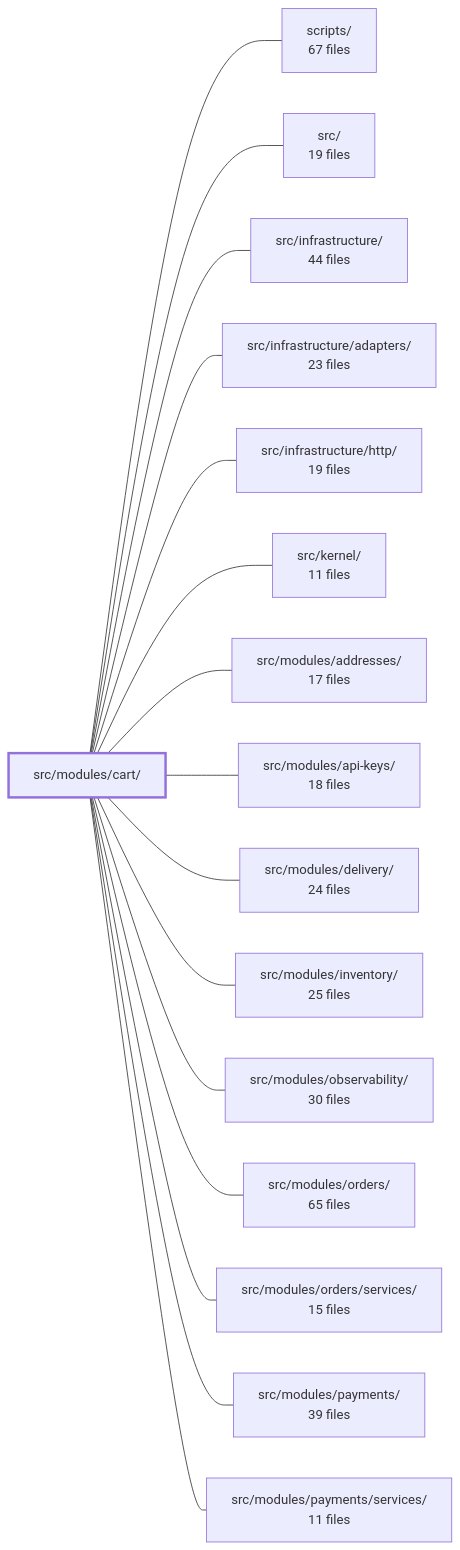
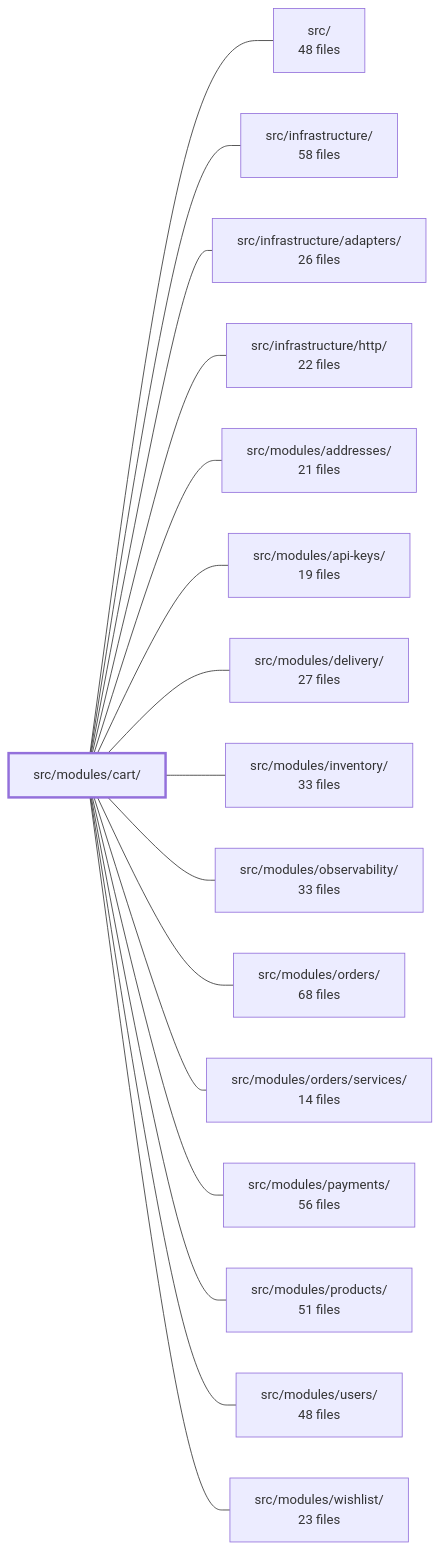
The diagram in .2brain/modules/boilerplate-node-backend_src_modules_cart.md (Guebbit/boilerplate-node-backend), drawn with Mermaid before and after one commit. The commit also changed other lines of this file and 187 other files, not shown here.

````diff
--- a/.2brain/modules/boilerplate-node-backend_src_modules_cart.md
+++ b/.2brain/modules/boilerplate-node-backend_src_modules_cart.md
@@ -50,35 +44,35 @@
 ```mermaid
 flowchart LR
     m_src_modules_cart["src/modules/cart/"]
-    m_scripts["scripts/<br/>67 files"]
-    m_src["src/<br/>19 files"]
-    m_src_infrastructure["src/infrastructure/<br/>44 files"]
-    m_src_infrastructure_adapters["src/infrastructure/adapters/<br/>23 files"]
-    m_src_infrastructure_http["src/infrastructure/http/<br/>19 files"]
-    m_src_kernel["src/kernel/<br/>11 files"]
-    m_src_modules_addresses["src/modules/addresses/<br/>17 files"]
-    m_src_modules_api_keys["src/modules/api-keys/<br/>18 files"]
-    m_src_modules_delivery["src/modules/delivery/<br/>24 files"]
-    m_src_modules_inventory["src/modules/inventory/<br/>25 files"]
-    m_src_modules_observability["src/modules/observability/<br/>30 files"]
-    m_src_modules_orders["src/modules/orders/<br/>65 files"]
-    m_src_modules_orders_services["src/modules/orders/services/<br/>15 files"]
-    m_src_modules_payments["src/modules/payments/<br/>39 files"]
-    m_src_modules_payments_services["src/modules/payments/services/<br/>11 files"]
-    m_src_modules_cart --- m_scripts
+    m_src["src/<br/>48 files"]
+    m_src_infrastructure["src/infrastructure/<br/>58 files"]
+    m_src_infrastructure_adapters["src/infrastructure/adapters/<br/>26 files"]
+    m_src_infrastructure_http["src/infrastructure/http/<br/>22 files"]
+    m_src_modules_addresses["src/modules/addresses/<br/>21 files"]
+    m_src_modules_api_keys["src/modules/api-keys/<br/>19 files"]
+    m_src_modules_delivery["src/modules/delivery/<br/>27 files"]
+    m_src_modules_inventory["src/modules/inventory/<br/>33 files"]
+    m_src_modules_observability["src/modules/observability/<br/>33 files"]
+    m_src_modules_orders["src/modules/orders/<br/>68 files"]
+    m_src_modules_orders_services["src/modules/orders/services/<br/>14 files"]
+    m_src_modules_payments["src/modules/payments/<br/>56 files"]
+    m_src_modules_products["src/modules/products/<br/>51 files"]
+    m_src_modules_users["src/modules/users/<br/>48 files"]
+    m_src_modules_wishlist["src/modules/wishlist/<br/>23 files"]
     m_src_modules_cart --- m_src
     m_src_modules_cart --- m_src_infrastructure
     m_src_modules_cart --- m_src_infrastructure_adapters
     m_src_modules_cart --- m_src_infrastructure_http
-    m_src_modules_cart --- m_src_kernel
     m_src_modules_cart --- m_src_modules_addresses
     m_src_modules_cart --- m_src_modules_api_keys
     m_src_modules_cart --- m_src_modules_delivery
     m_src_modules_cart --- m_src_modules_inventory
     m_src_modules_cart --- m_src_modules_observability
     m_src_modules_cart --- m_src_modules_orders
     m_src_modules_cart --- m_src_modules_orders_services
     m_src_modules_cart --- m_src_modules_payments
-    m_src_modules_cart --- m_src_modules_payments_services
+    m_src_modules_cart --- m_src_modules_products
+    m_src_modules_cart --- m_src_modules_users
+    m_src_modules_cart --- m_src_modules_wishlist
     style m_src_modules_cart stroke-width:3px
 ```
````
